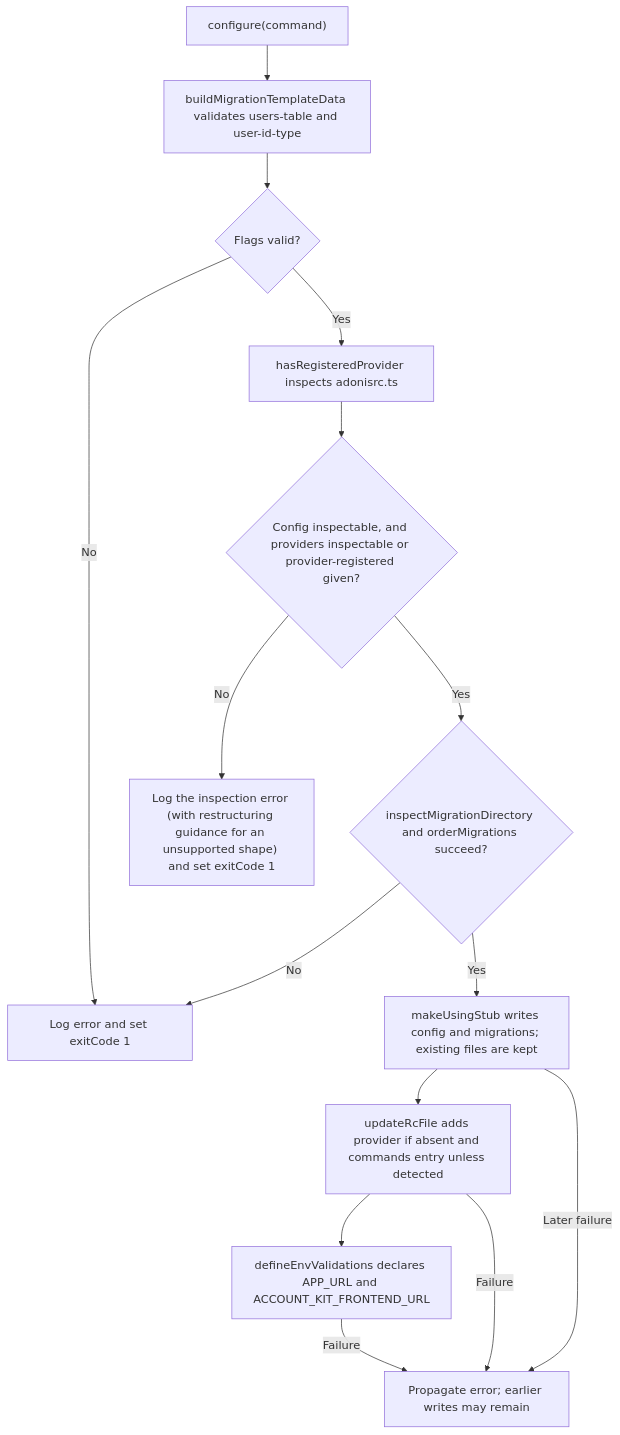
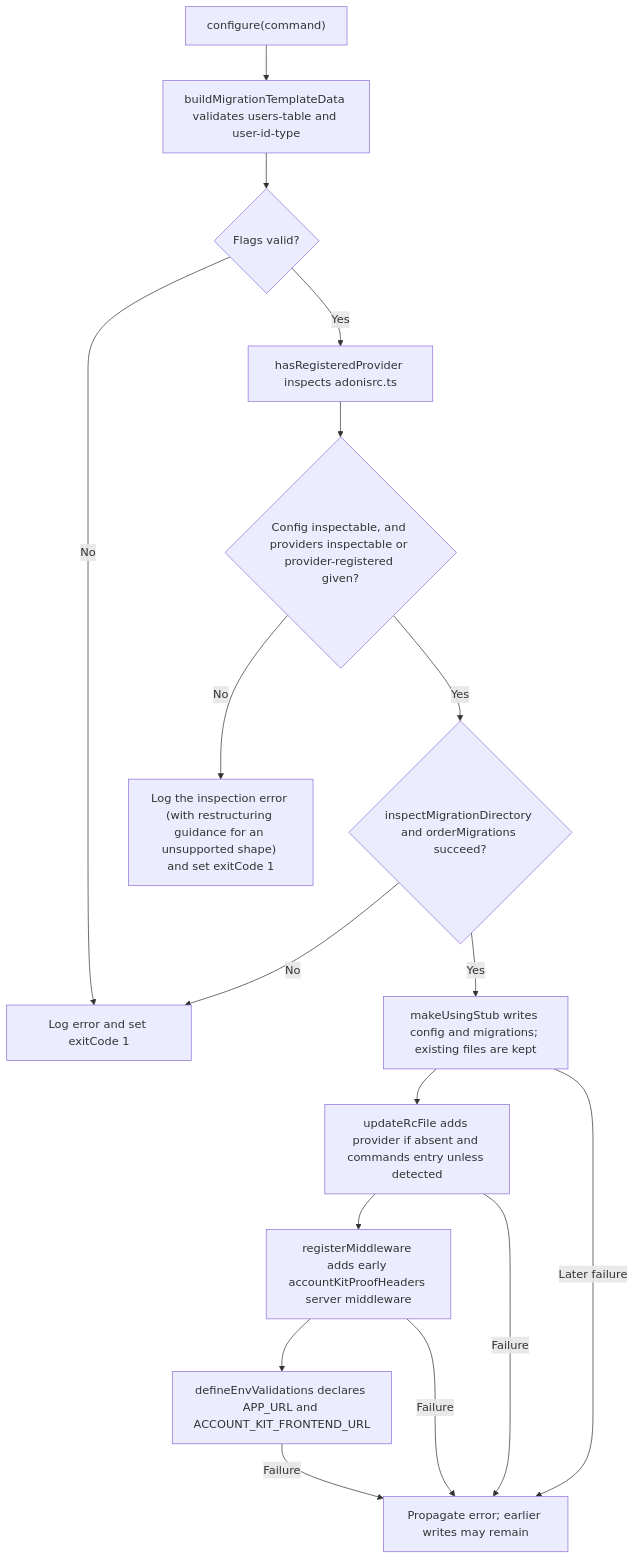
Before and after one commit to Kevinjohn/oss-adonisjs-account-kit: the second of 2 diagrams in user-stories/US-ACCOUNT-60-install-account-kit-package.md, drawn with Mermaid. The commit also changed 16 other files, not shown here.

````diff
--- a/user-stories/US-ACCOUNT-60-install-account-kit-package.md
+++ b/user-stories/US-ACCOUNT-60-install-account-kit-package.md
@@ -49,17 +49,19 @@
 ```mermaid
 flowchart TD
     A["configure(command)"] --> B["buildMigrationTemplateData validates users-table and user-id-type"]
     B --> C{"Flags valid?"}
     C -->|No| D["Log error and set exitCode 1"]
     C -->|Yes| E["hasRegisteredProvider inspects adonisrc.ts"]
     E --> F{"Config inspectable, and providers inspectable or provider-registered given?"}
     F -->|No| G["Log the inspection error (with restructuring guidance for an unsupported shape) and set exitCode 1"]
     F -->|Yes| M{"inspectMigrationDirectory and orderMigrations succeed?"}
     M -->|No| D
     M -->|Yes| H["makeUsingStub writes config and migrations; existing files are kept"]
     H --> I["updateRcFile adds provider if absent and commands entry unless detected"]
-    I --> J["defineEnvValidations declares APP_URL and ACCOUNT_KIT_FRONTEND_URL"]
+    I --> P["registerMiddleware adds early accountKitProofHeaders server middleware"]
+    P --> J["defineEnvValidations declares APP_URL and ACCOUNT_KIT_FRONTEND_URL"]
     H -->|Later failure| X["Propagate error; earlier writes may remain"]
     I -->|Failure| X
+    P -->|Failure| X
     J -->|Failure| X
 ```
````
